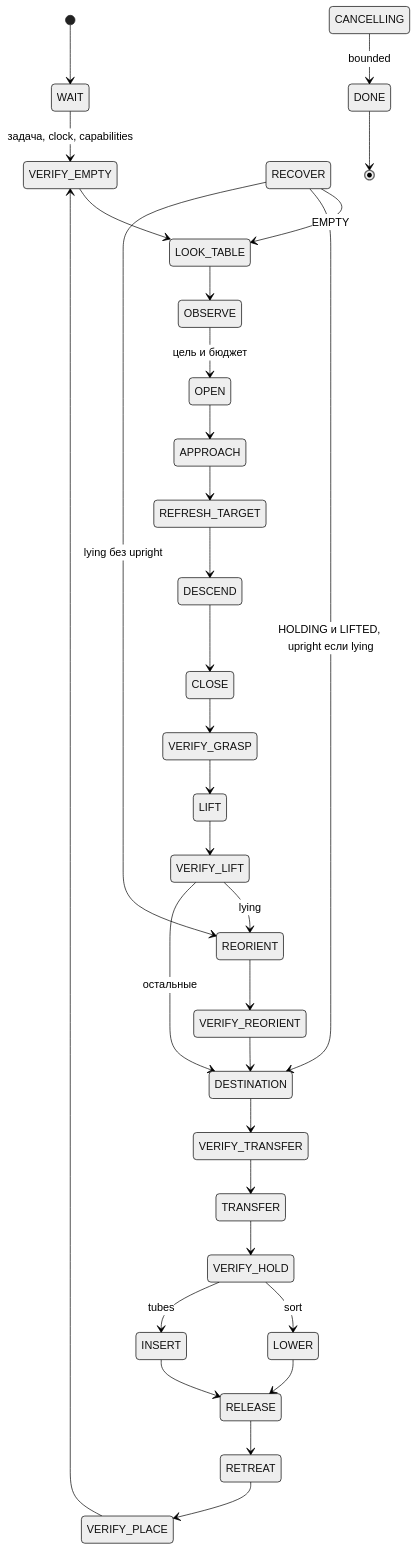
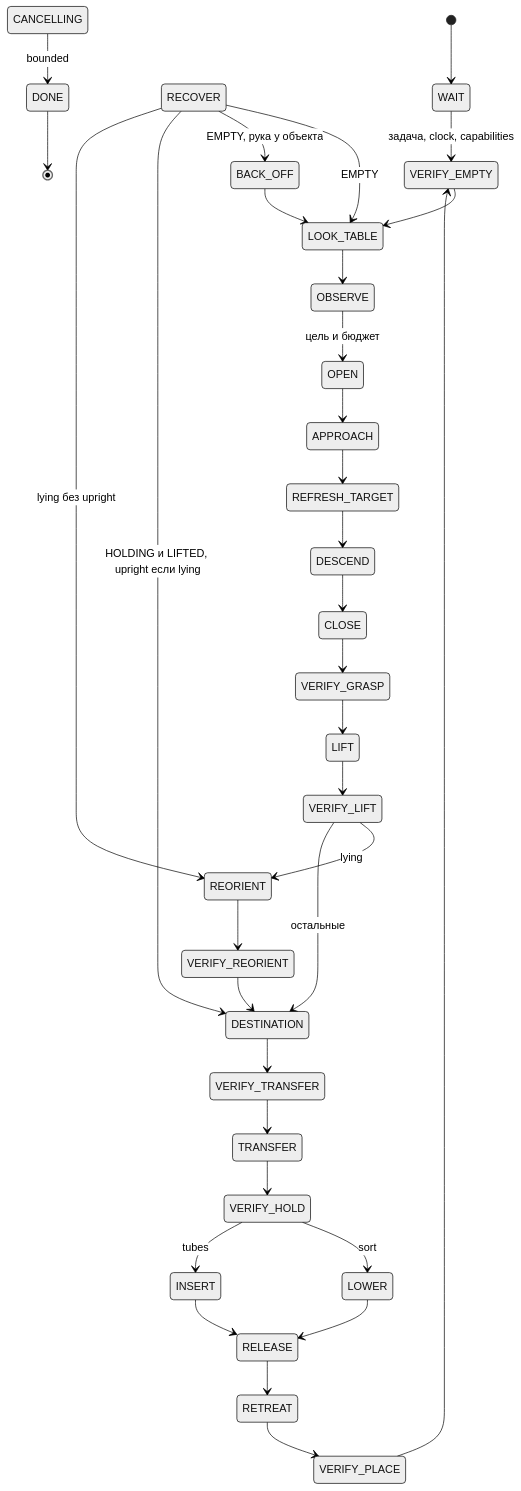
The diagram in docs/FSM_SPEC.md (NoGuarantee/humanoid-tabletop-sorting), drawn with Mermaid (neutral theme) before and after one commit. The commit also changed other lines of this file and 5 other files, not shown here.

First line of the commit message:
brain: back off after a failed move at the object, re-measure an unknown hand in RECOVER

````diff
--- a/docs/FSM_SPEC.md
+++ b/docs/FSM_SPEC.md
@@ -176,34 +180,36 @@
 ```mermaid
 stateDiagram-v2
     [*] --> WAIT
     WAIT --> VERIFY_EMPTY: задача, clock, capabilities
     VERIFY_EMPTY --> LOOK_TABLE
     LOOK_TABLE --> OBSERVE
     OBSERVE --> OPEN: цель и бюджет
     OPEN --> APPROACH
     APPROACH --> REFRESH_TARGET
     REFRESH_TARGET --> DESCEND
     DESCEND --> CLOSE
     CLOSE --> VERIFY_GRASP
     VERIFY_GRASP --> LIFT
     LIFT --> VERIFY_LIFT
     VERIFY_LIFT --> REORIENT: lying
     REORIENT --> VERIFY_REORIENT
     VERIFY_REORIENT --> DESTINATION
     VERIFY_LIFT --> DESTINATION: остальные
     DESTINATION --> VERIFY_TRANSFER
     VERIFY_TRANSFER --> TRANSFER
     TRANSFER --> VERIFY_HOLD
     VERIFY_HOLD --> LOWER: sort
     VERIFY_HOLD --> INSERT: tubes
     LOWER --> RELEASE
     INSERT --> RELEASE
     RELEASE --> RETREAT
     VERIFY_PLACE --> VERIFY_EMPTY
     RETREAT --> VERIFY_PLACE
     RECOVER --> LOOK_TABLE: EMPTY
+    RECOVER --> BACK_OFF: EMPTY, рука у объекта
+    BACK_OFF --> LOOK_TABLE
     RECOVER --> DESTINATION: HOLDING и LIFTED, upright если lying
     RECOVER --> REORIENT: lying без upright
     CANCELLING --> DONE: bounded
     DONE --> [*]
 ```
````
